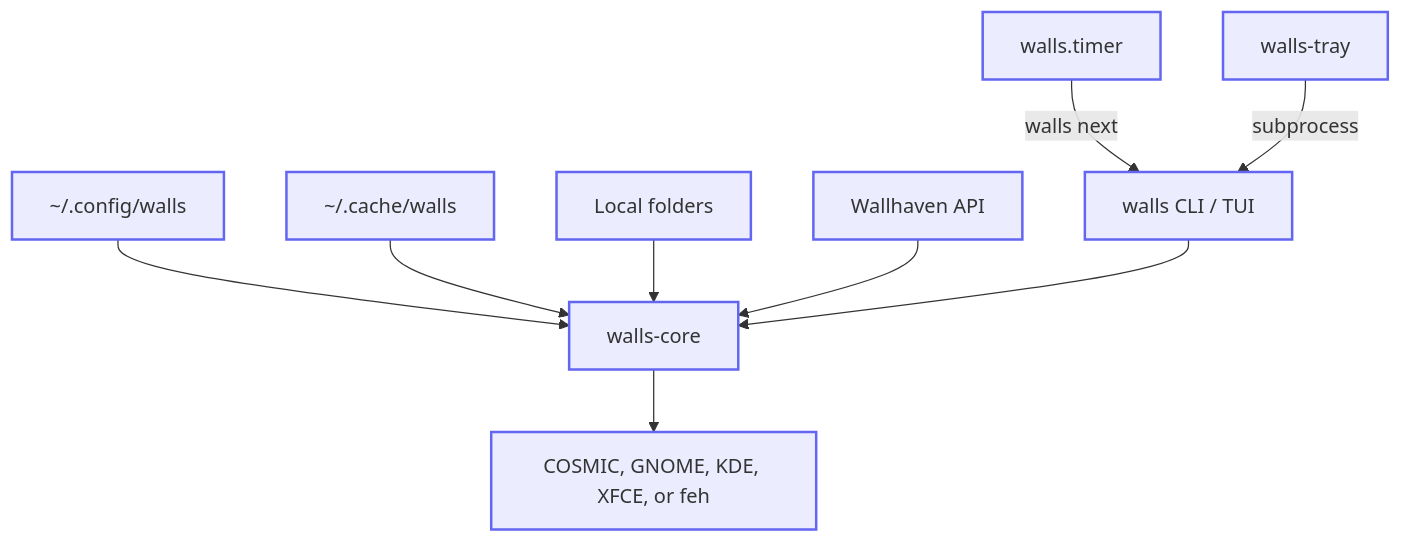
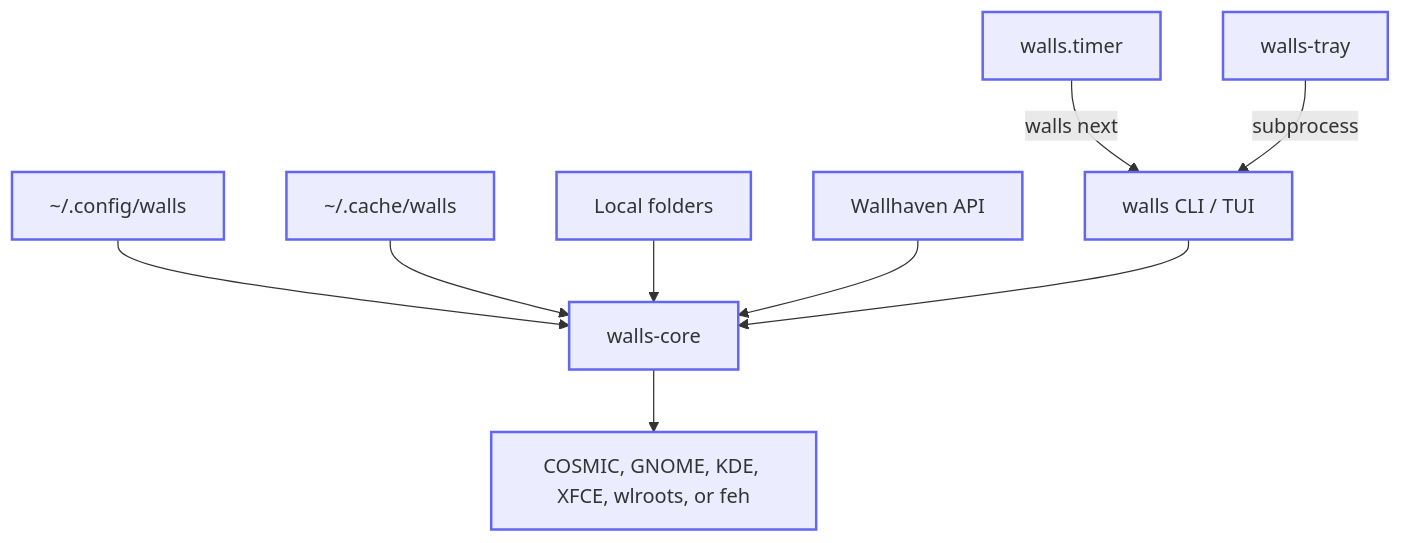
The diagram in docs/diagrams/architecture.mmd (willfish/walls), drawn with Mermaid before and after one commit. The commit also changed 7 other files, not shown here.

First line of the commit message:
feat: add wlroots apply backends (#78)

```diff
--- a/docs/diagrams/architecture.mmd
+++ b/docs/diagrams/architecture.mmd
@@ -1,22 +1,22 @@
 flowchart TD
     CONFIG["~/.config/walls"]
     CACHE["~/.cache/walls"]
     LOCAL[Local folders]
     WH[Wallhaven API]
     TIMER[walls.timer]
     TRAY[walls-tray]
     CLI["walls CLI / TUI"]
     CORE[walls-core]
-    APPLY["COSMIC, GNOME, KDE, XFCE, or feh"]
+    APPLY["COSMIC, GNOME, KDE, XFCE, wlroots, or feh"]
 
     TIMER -->|walls next| CLI
     TRAY -->|subprocess| CLI
     CONFIG --> CORE
     CACHE --> CORE
     LOCAL --> CORE
     WH --> CORE
     CLI --> CORE
     CORE --> APPLY
 
     classDef box stroke:#6366f1,stroke-width:2px
     class CONFIG,CACHE,LOCAL,WH,TIMER,TRAY,CLI,CORE,APPLY box
```
